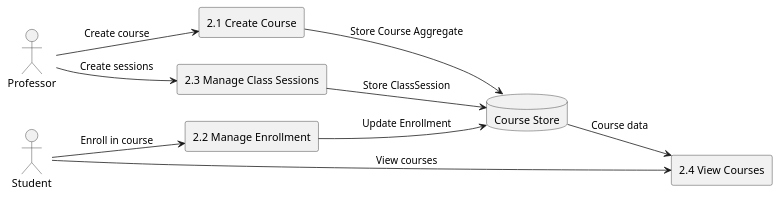
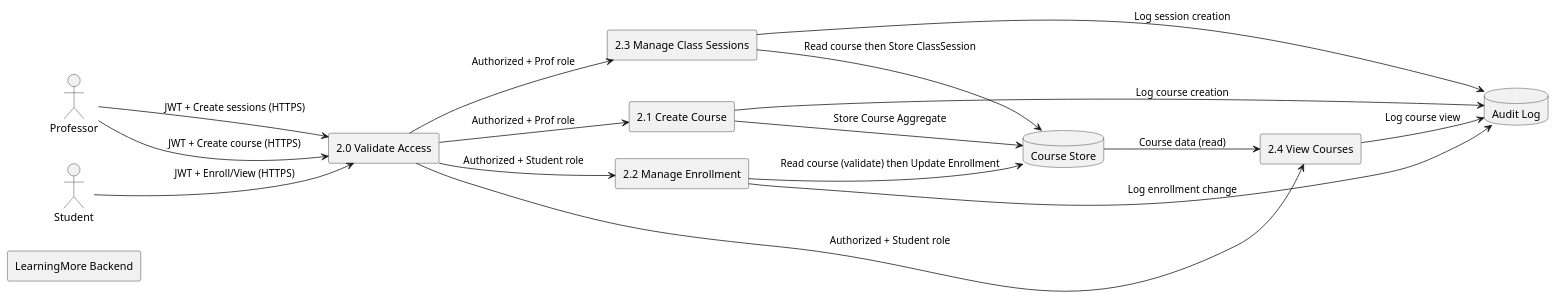
One commit to mei-desofs/desofs2026-wed_nap_5 changed the diagram in docs/diagrams/dfd-level-2-course-management.puml. Above: the diagram before and after it, drawn with PlantUML. The commit also changed 8 other files, not shown here.

Commit message:
Adding DFD Level 2 diagram for Course Management with threat modeling details

```diff
--- a/docs/diagrams/dfd-level-2-course-management.puml
+++ b/docs/diagrams/dfd-level-2-course-management.puml
@@ -1,26 +1,41 @@
 @startuml
 left to right direction
 skinparam shadowing false
 
 actor Professor
 actor Student
 
+rectangle "2.0 Validate Access" as P20
 rectangle "2.1 Create Course" as P21
 rectangle "2.2 Manage Enrollment" as P22
 rectangle "2.3 Manage Class Sessions" as P23
 rectangle "2.4 View Courses" as P24
 
 database "Course Store" as DB
+database "Audit Log" as AUDIT
 
-Professor --> P21 : Create course
-Professor --> P23 : Create sessions
+rectangle "LearningMore Backend" {
+  ' Processes and stores placed inside boundary
+  ' Boundary is implicit via rectangle
+}
 
-Student --> P22 : Enroll in course
-Student --> P24 : View courses
+Professor --> P20 : JWT + Create course (HTTPS)
+Student --> P20 : JWT + Enroll/View (HTTPS)
+Professor --> P20 : JWT + Create sessions (HTTPS)
+
+P20 --> P21 : Authorized + Prof role
+P20 --> P22 : Authorized + Student role
+P20 --> P23 : Authorized + Prof role
+P20 --> P24 : Authorized + Student role
 
 P21 --> DB : Store Course Aggregate
-P22 --> DB : Update Enrollment
-P23 --> DB : Store ClassSession
-DB --> P24 : Course data
+P22 --> DB : Read course (validate) then Update Enrollment
+P23 --> DB : Read course then Store ClassSession
+DB --> P24 : Course data (read)
+
+P21 --> AUDIT : Log course creation
+P22 --> AUDIT : Log enrollment change
+P23 --> AUDIT : Log session creation
+P24 --> AUDIT : Log course view
 
 @enduml
```
